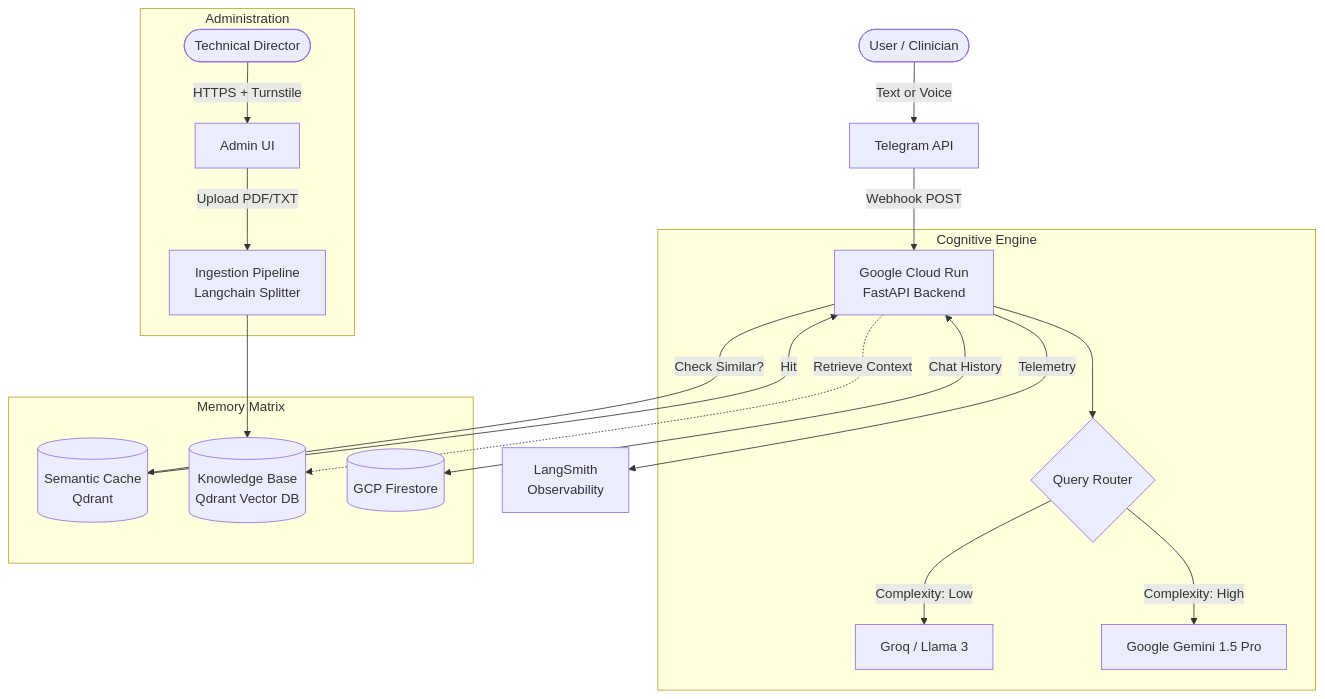
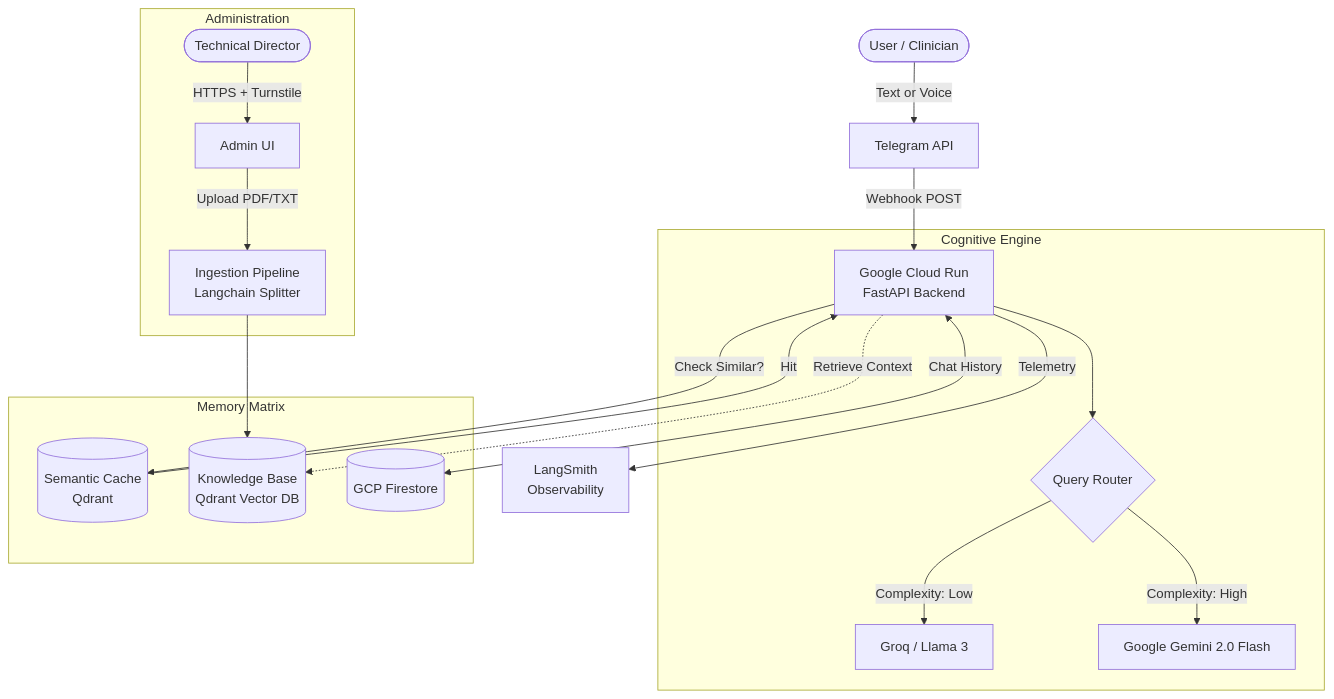
The diagram in README.md (ericfloriano/rag-agent-v2), drawn with Mermaid before and after one commit. The commit also changed other lines of this file and 1 other file, not shown here.

Commit message:
feat: upgrade core reasoning engine to Google Gemini 2.0 Flash

````diff
--- a/README.md
+++ b/README.md
@@ -29,26 +29,26 @@
 ```mermaid
 graph TD
     User([User / Clinician]) -->|Text or Voice| Telegram[Telegram API]
     Telegram -->|Webhook POST| CR[Google Cloud Run<br>FastAPI Backend]
     CR -->|Telemetry| LS[LangSmith<br>Observability]
     
     subgraph Cognitive Engine
         CR --> Router{Query Router}
         Router -->|Complexity: Low| Groq[Groq / Llama 3]
-        Router -->|Complexity: High| Gemini[Google Gemini 1.5 Pro]
+        Router -->|Complexity: High| Gemini[Google Gemini 2.0 Flash]
     end
     
     subgraph Memory Matrix
         CR -->|Check Similar?| Cache[(Semantic Cache<br>Qdrant)]
         CR -.->|Retrieve Context| VectorDB[(Knowledge Base<br>Qdrant Vector DB)]
         CR <-->|Chat History| Firestore[(GCP Firestore)]
     end
     
     subgraph Administration
         Admin([Technical Director]) -->|HTTPS + Turnstile| WebPanel[Admin UI]
         WebPanel -->|Upload PDF/TXT| Ingestion[Ingestion Pipeline<br>Langchain Splitter]
         Ingestion --> VectorDB
     end
 
     Cache -- Hit --> CR
 ```
````
